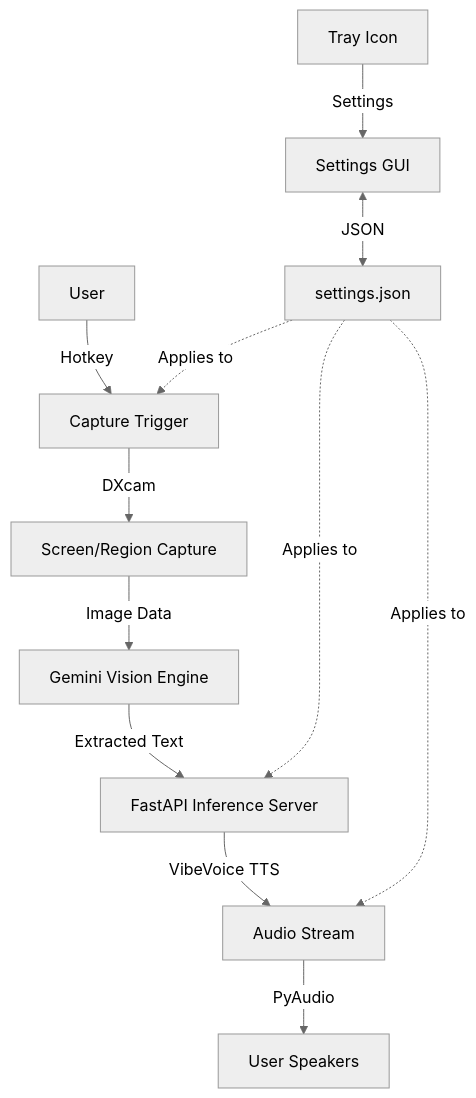
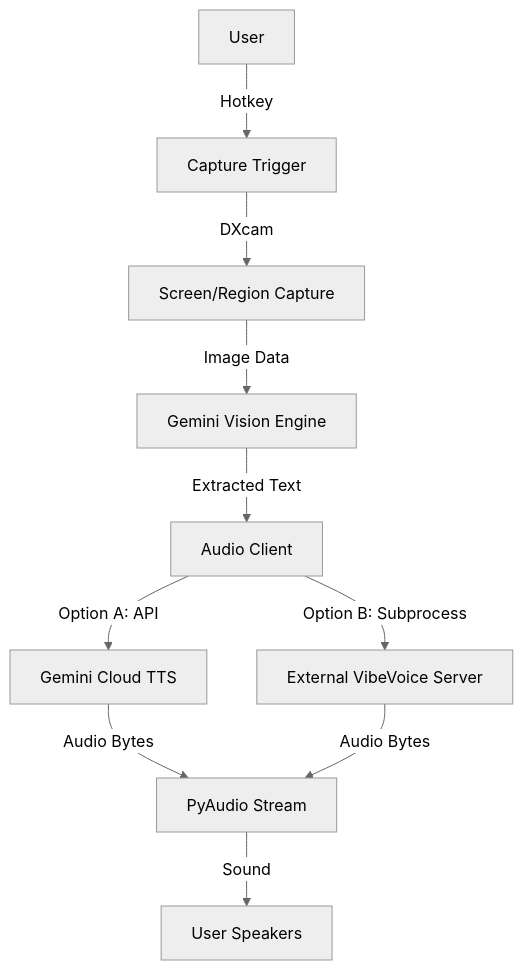
One commit to alfred1137/ScreenBanter changed the diagram in README.md. Above: the diagram before and after it, drawn with Mermaid (neutral theme). The commit also changed other lines of this file, not shown here.

Commit message:
docs: update README for Lite Client / BYOE architecture

````diff
--- a/README.md
+++ b/README.md
@@ -201,15 +217,15 @@
 ```mermaid
 graph TD
     User[User] -->|Hotkey| Trigger[Capture Trigger]
     Trigger -->|DXcam| Capture[Screen/Region Capture]
     Capture -->|Image Data| Vision[Gemini Vision Engine]
-    Vision -->|Extracted Text| Server[FastAPI Inference Server]
-    Server -->|VibeVoice TTS| Audio[Audio Stream]
-    Audio -->|PyAudio| Speakers[User Speakers]
+    Vision -->|Extracted Text| Client[Audio Client]
     
-    Tray[Tray Icon] -->|Settings| GUI[Settings GUI]
-    GUI <-->|JSON| Config[settings.json]
-    Config -.->|Applies to| Trigger
-    Config -.->|Applies to| Audio
-    Config -.->|Applies to| Server
+    Client -->|Option A: API| Cloud[Gemini Cloud TTS]
+    Client -->|Option B: Subprocess| Local[External VibeVoice Server]
+    
+    Cloud -->|Audio Bytes| Playback[PyAudio Stream]
+    Local -->|Audio Bytes| Playback
+    
+    Playback -->|Sound| Speakers[User Speakers]
 ```
````
